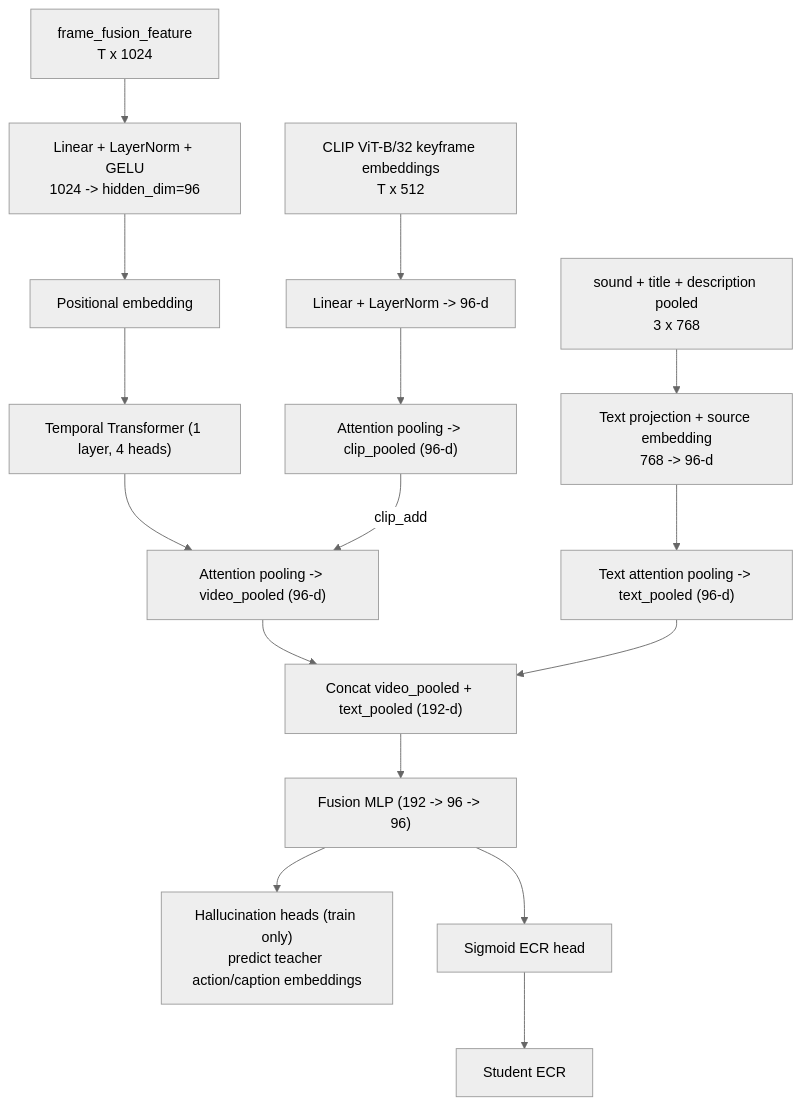
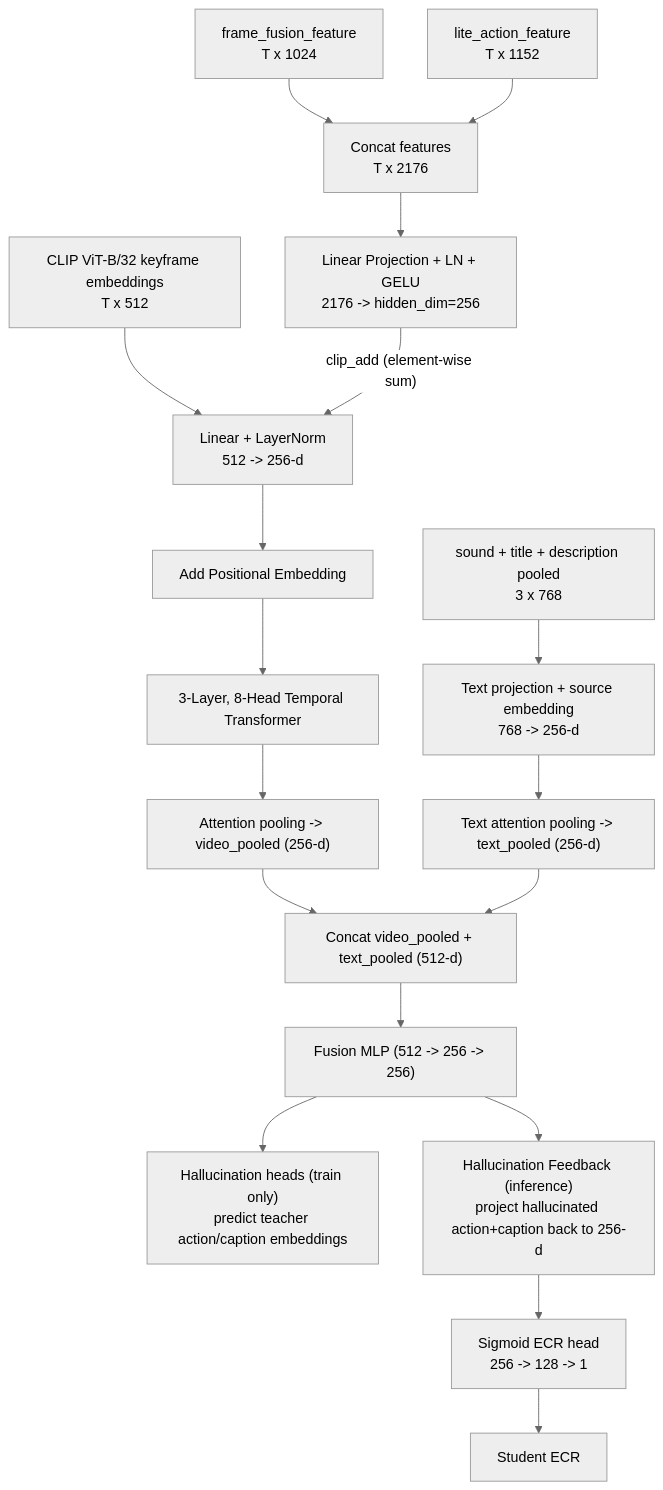
The third of 3 diagrams in README.md (TranTop2806/SnapUGC-LightKD), drawn with Mermaid (neutral theme) before and after one commit. The commit also changed other lines of this file and 8 other files, not shown here.

````diff
--- a/README.md
+++ b/README.md
@@ -268,21 +271,24 @@
 ```mermaid
 flowchart TD
-    VF["frame_fusion_feature\nT x 1024"] --> VP["Linear + LayerNorm + GELU\n1024 -> hidden_dim=96"]
-    VP --> PE["Positional embedding"]
-    PE --> TE["Temporal Transformer (1 layer, 4 heads)"]
-    TE --> AP["Attention pooling -> video_pooled (96-d)"]
+    VF["frame_fusion_feature\nT x 1024"] --> CONCAT["Concat features\nT x 2176"]
+    LA["lite_action_feature\nT x 1152"] --> CONCAT
+    CONCAT --> VP["Linear Projection + LN + GELU\n2176 -> hidden_dim=256"]
+    
+    CL["CLIP ViT-B/32 keyframe embeddings\nT x 512"] --> CP["Linear + LayerNorm\n512 -> 256-d"]
+    VP -- clip_add (element-wise sum) --> CP
+    CP --> PE["Add Positional Embedding"]
+    PE --> TE["3-Layer, 8-Head Temporal Transformer"]
+    TE --> AP["Attention pooling -> video_pooled (256-d)"]
 
-    CL["CLIP ViT-B/32 keyframe embeddings\nT x 512"] --> CP["Linear + LayerNorm -> 96-d"]
-    CP --> CAP["Attention pooling -> clip_pooled (96-d)"]
-    CAP -- clip_add --> AP
+    TX["sound + title + description pooled\n3 x 768"] --> TP["Text projection + source embedding\n768 -> 256-d"]
+    TP --> TAP["Text attention pooling -> text_pooled (256-d)"]
 
-    TX["sound + title + description pooled\n3 x 768"] --> TP["Text projection + source embedding\n768 -> 96-d"]
-    TP --> TAP["Text attention pooling -> text_pooled (96-d)"]
-
-    AP --> CAT["Concat video_pooled + text_pooled (192-d)"]
+    AP --> CAT["Concat video_pooled + text_pooled (512-d)"]
     TAP --> CAT
-    CAT --> FM["Fusion MLP (192 -> 96 -> 96)"]
+    CAT --> FM["Fusion MLP (512 -> 256 -> 256)"]
+    
     FM --> HAL["Hallucination heads (train only)\npredict teacher action/caption embeddings"]
-    FM --> EH["Sigmoid ECR head"]
+    FM --> FB["Hallucination Feedback (inference)\nproject hallucinated action+caption back to 256-d"]
+    FB --> EH["Sigmoid ECR head\n256 -> 128 -> 1"]
     EH --> ECR["Student ECR"]
 ```
````
